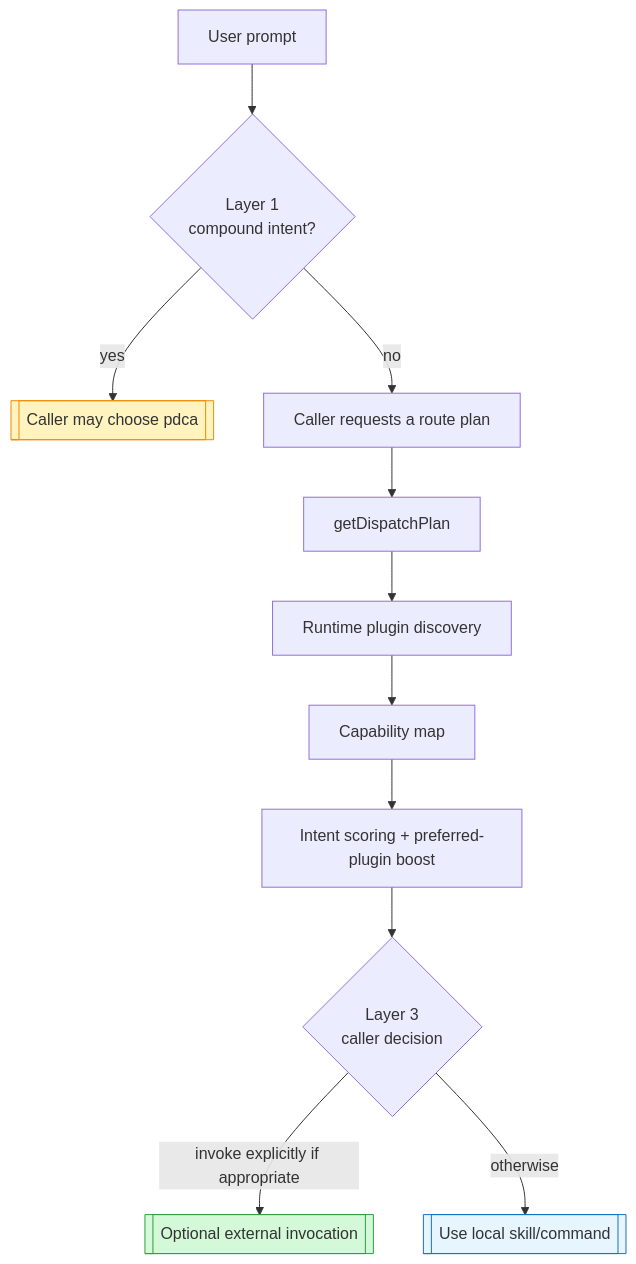
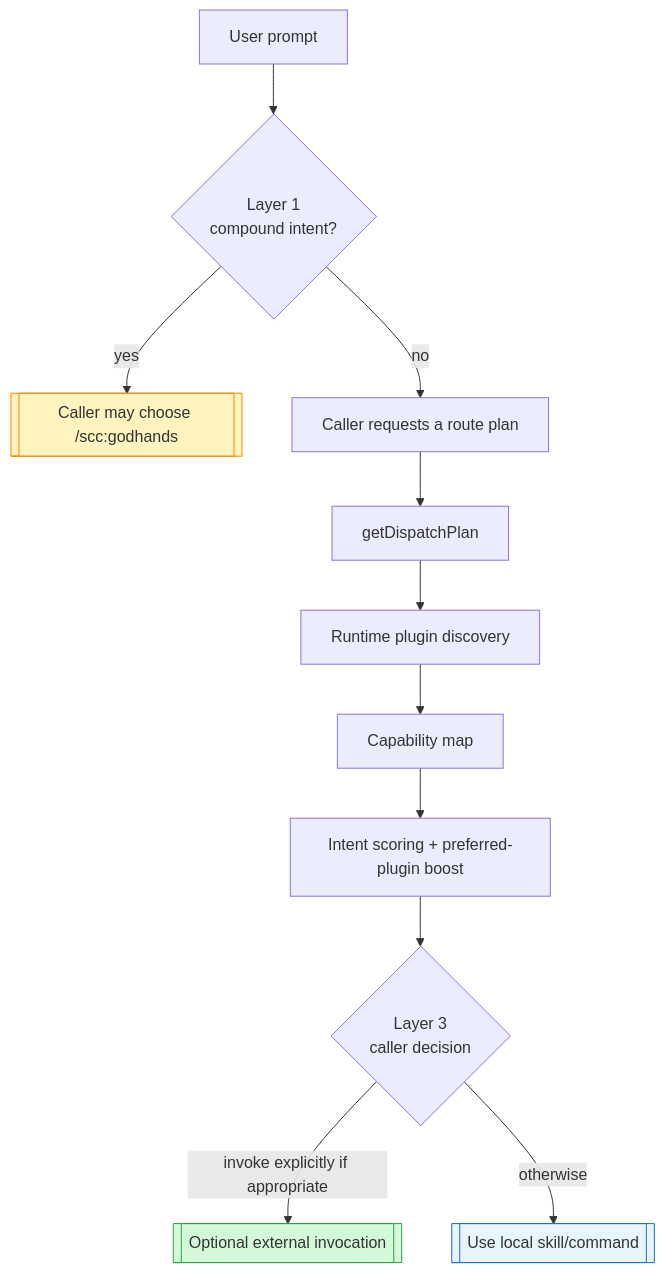
Before and after one commit to unclejobs-ai/second-claude-code: the first of 2 diagrams in docs/orchestrator-architecture.md, drawn with Mermaid. The commit also changed other lines of this file and 88 other files, not shown here.

````diff
--- a/docs/orchestrator-architecture.md
+++ b/docs/orchestrator-architecture.md
@@ -15,17 +37,17 @@
 ```mermaid
 flowchart TB
     U[User prompt] --> L1{"Layer 1<br/>compound intent?"}
-    L1 -->|yes| PDCA[["Caller may choose pdca"]]
+    L1 -->|yes| HANDS[["Caller may choose /scc:godhands"]]
     L1 -->|no| L2["Caller requests a route plan"]
     L2 --> G[getDispatchPlan]
     G --> D[Runtime plugin discovery]
     D --> C[Capability map]
     C --> S["Intent scoring + preferred-plugin boost"]
     S --> L3{"Layer 3<br/>caller decision"}
     L3 -->|invoke explicitly if appropriate| O[["Optional external invocation"]]
     L3 -->|otherwise| I[["Use local skill/command"]]
 
-    style PDCA fill:#fff3bf,stroke:#f08c00
+    style HANDS fill:#fff3bf,stroke:#f08c00
     style O fill:#d3f9d8,stroke:#2f9e44
     style I fill:#e7f5ff,stroke:#1971c2
 ```
````
